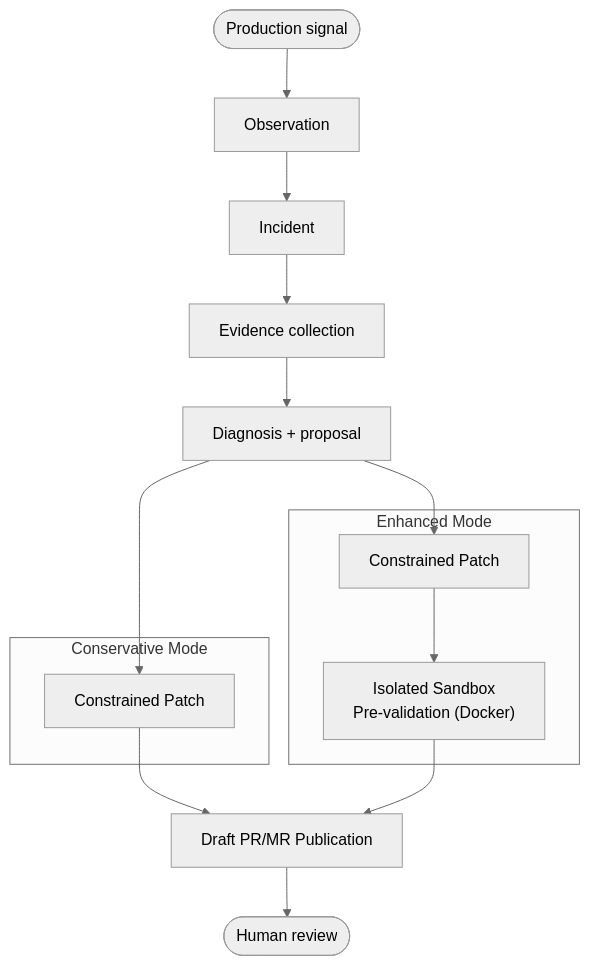
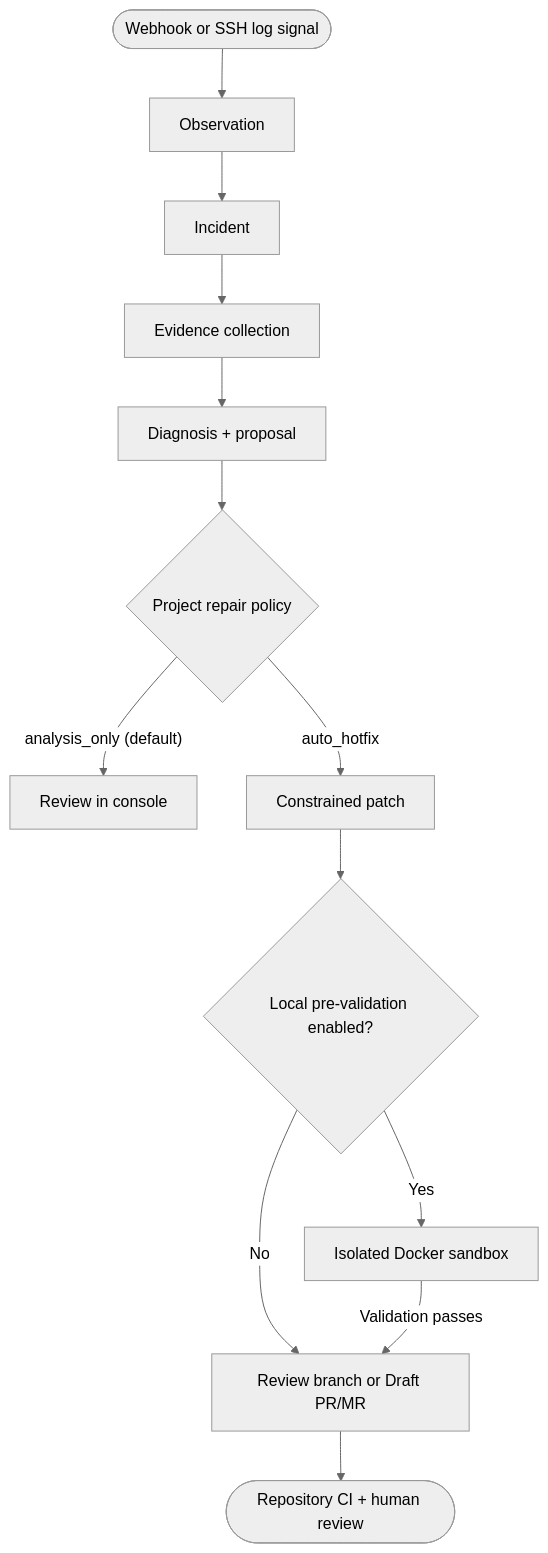
One commit to Funovate/Mendry changed the diagram in README.md. Above: the diagram before and after it, drawn with Mermaid (neutral theme). The commit also changed other lines of this file and 3 other files, not shown here.

````diff
--- a/README.md
+++ b/README.md
@@ -51,23 +62,15 @@
 ```mermaid
 flowchart TD
-    Signal(["Production signal"]) --> Obs["Observation"]
+    Signal(["Webhook or SSH log signal"]) --> Obs["Observation"]
     Obs --> Inc["Incident"]
     Inc --> Evid["Evidence collection"]
     Evid --> Diag["Diagnosis + proposal"]
-
-    subgraph Conservative ["Conservative Mode"]
-        ConsPatch["Constrained Patch"]
-    end
-
-    subgraph Enhanced ["Enhanced Mode"]
-        EnhPatch["Constrained Patch"] --> Sandbox["Isolated Sandbox<br/>Pre-validation (Docker)"]
-    end
-
-    Diag --> ConsPatch
-    Diag --> EnhPatch
-
-    ConsPatch --> Pub["Draft PR/MR Publication"]
-    Sandbox --> Pub
-
-    Pub --> Review(["Human review"])
+    Diag --> Policy{"Project repair policy"}
+    Policy -->|"analysis_only (default)"| Console["Review in console"]
+    Policy -->|"auto_hotfix"| Patch["Constrained patch"]
+    Patch --> Validation{"Local pre-validation enabled?"}
+    Validation -->|"Yes"| Sandbox["Isolated Docker sandbox"]
+    Validation -->|"No"| Pub["Review branch or Draft PR/MR"]
+    Sandbox -->|"Validation passes"| Pub
+    Pub --> Review(["Repository CI + human review"])
 ```
````
